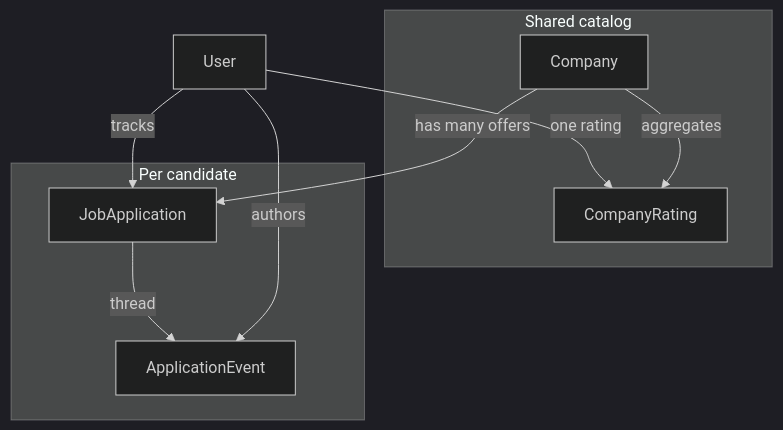
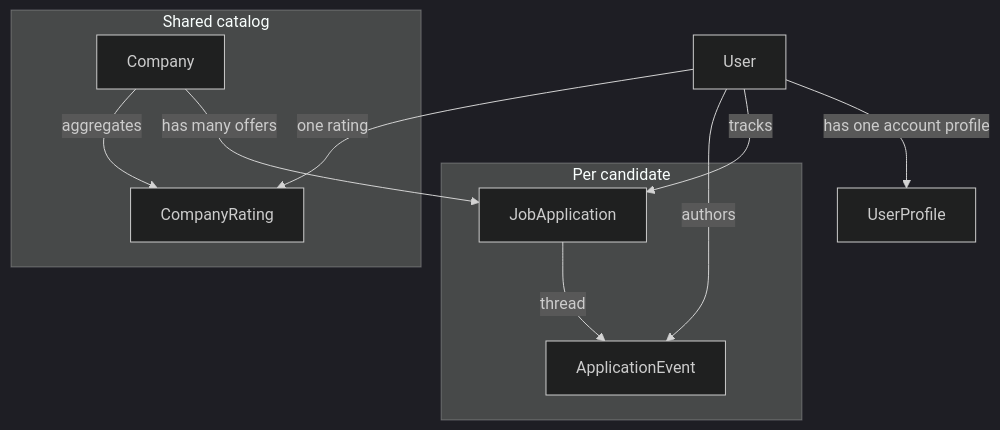
The diagram in docs/README.md (WebgateSystems/cvgen_web), drawn with Mermaid (dark theme) before and after one commit. The commit also changed other lines of this file and 74 other files, not shown here.

````diff
--- a/docs/README.md
+++ b/docs/README.md
@@ -17,18 +18,20 @@
 ```mermaid
 flowchart TB
   subgraph catalog [Shared catalog]
     company[Company]
     rating[CompanyRating]
   end
   subgraph tracker [Per candidate]
     app[JobApplication]
     event[ApplicationEvent]
   end
   user[User]
+  profile[UserProfile]
+  user -->|has one account profile| profile
   user -->|tracks| app
   company -->|has many offers| app
   user -->|one rating| rating
   company -->|aggregates| rating
   app -->|thread| event
   user -->|authors| event
 ```
````
